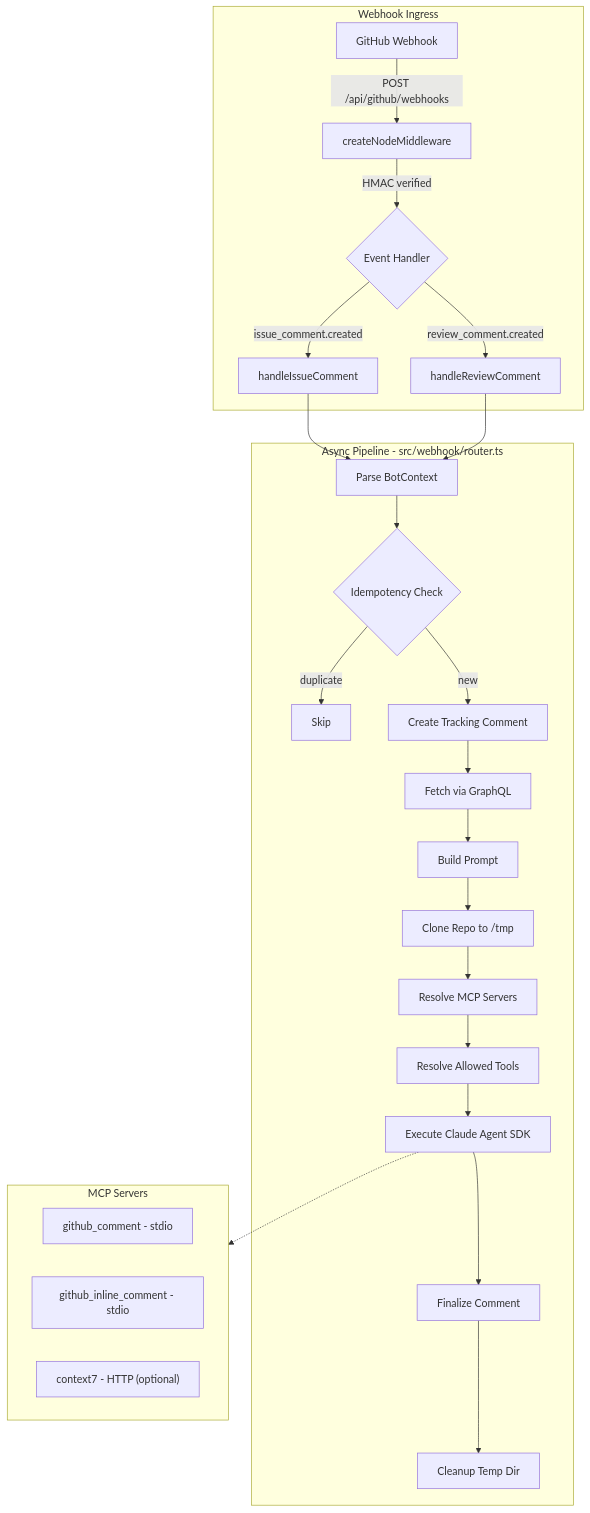
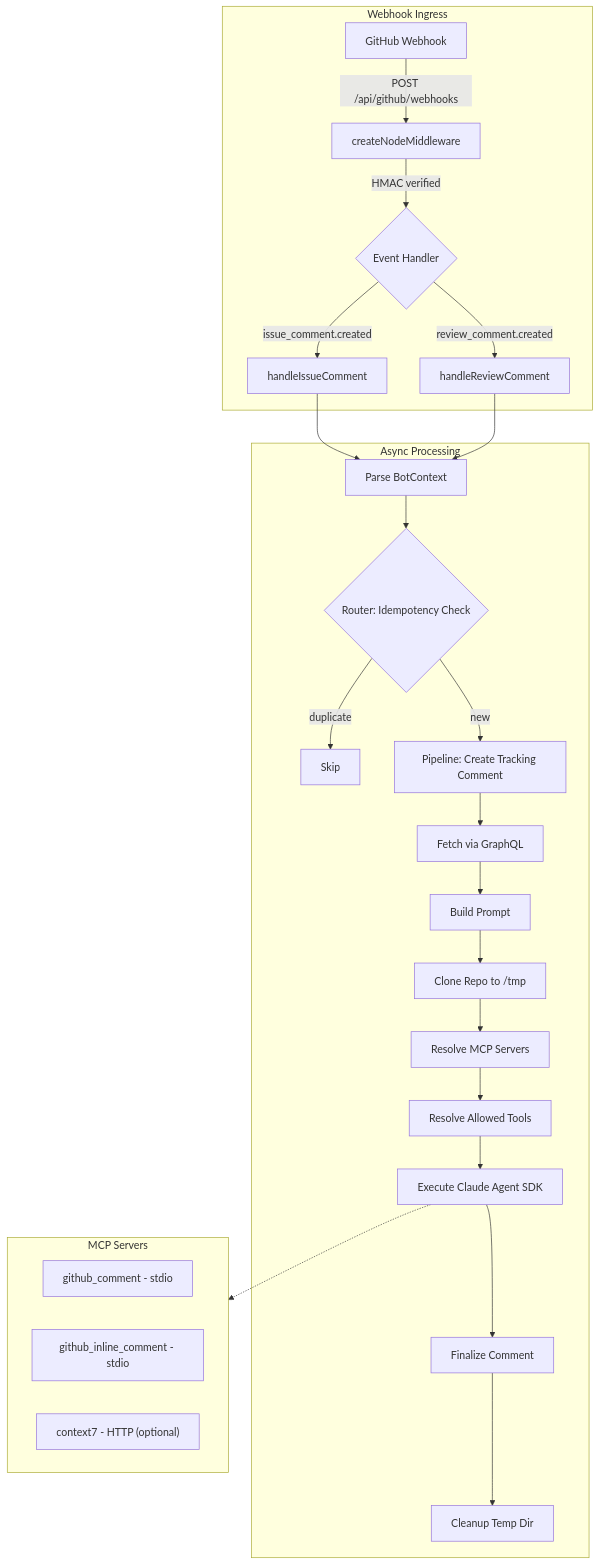
The diagram in docs/ARCHITECTURE.md (chrisleekr/github-app-playground), drawn with Mermaid before and after one commit. The commit also changed other lines of this file and 20 other files, not shown here.

````diff
--- a/docs/ARCHITECTURE.md
+++ b/docs/ARCHITECTURE.md
@@ -11,33 +11,33 @@
 ```mermaid
 flowchart TD
     subgraph webhook [Webhook Ingress]
         GH[GitHub Webhook] -->|"POST /api/github/webhooks"| MW[createNodeMiddleware]
         MW -->|HMAC verified| EH{Event Handler}
         EH -->|issue_comment.created| IC[handleIssueComment]
         EH -->|review_comment.created| RC[handleReviewComment]
     end
 
-    subgraph processing [Async Pipeline - src/webhook/router.ts]
+    subgraph processing [Async Processing]
         IC --> CTX[Parse BotContext]
         RC --> CTX
-        CTX --> IDEM{Idempotency Check}
+        CTX --> IDEM{Router: Idempotency Check}
         IDEM -->|duplicate| SKIP[Skip]
-        IDEM -->|new| TRACK[Create Tracking Comment]
+        IDEM -->|new| TRACK[Pipeline: Create Tracking Comment]
         TRACK --> FETCH[Fetch via GraphQL]
         FETCH --> PROMPT[Build Prompt]
         PROMPT --> CLONE[Clone Repo to /tmp]
         CLONE --> MCP[Resolve MCP Servers]
         MCP --> TOOLS[Resolve Allowed Tools]
         TOOLS --> EXEC[Execute Claude Agent SDK]
         EXEC --> FIN[Finalize Comment]
         FIN --> CLEAN[Cleanup Temp Dir]
     end
 
     subgraph mcpServers [MCP Servers]
         S1[github_comment - stdio]
         S2[github_inline_comment - stdio]
         S4["context7 - HTTP (optional)"]
     end
 
     EXEC -.-> mcpServers
 ```
````
